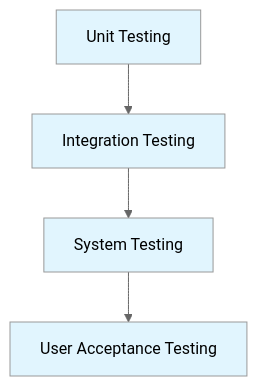
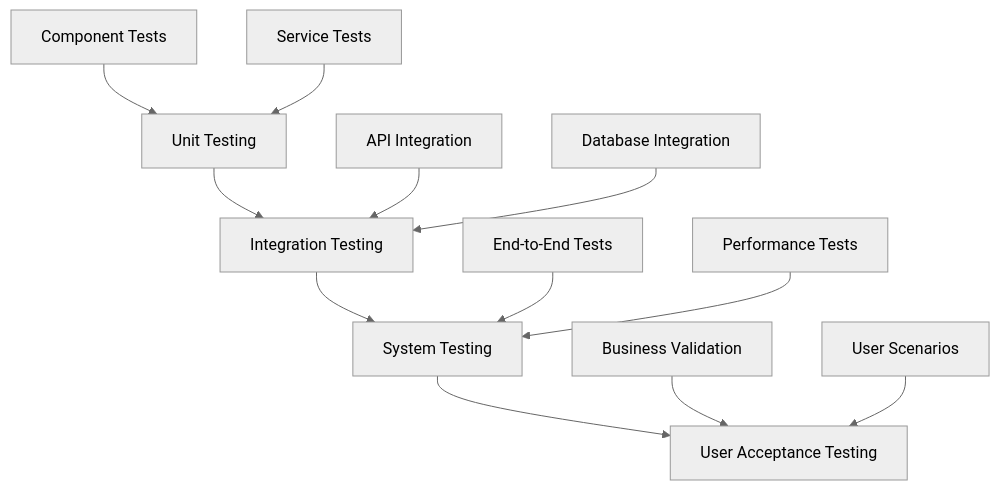
The second of 10 diagrams in Test.md (IIITLucknowSWEngg/CSITTeam011), drawn with Mermaid (neutral theme) before and after one commit. The commit also changed other lines of this file, not shown here.

````diff
--- a/Test.md
+++ b/Test.md
@@ -23,11 +55,18 @@
 ```mermaid
 graph TD
     A[Unit Testing] --> B[Integration Testing]
     B --> C[System Testing]
     C --> D[User Acceptance Testing]
     
-    style A fill:#e1f5fe
-    style B fill:#e1f5fe
-    style C fill:#e1f5fe
-    style D fill:#e1f5fe
+    A1[Component Tests] --> A
+    A2[Service Tests] --> A
+    
+    B1[API Integration] --> B
+    B2[Database Integration] --> B
+    
+    C1[End-to-End Tests] --> C
+    C2[Performance Tests] --> C
+    
+    D1[Business Validation] --> D
+    D2[User Scenarios] --> D
 ```
````
